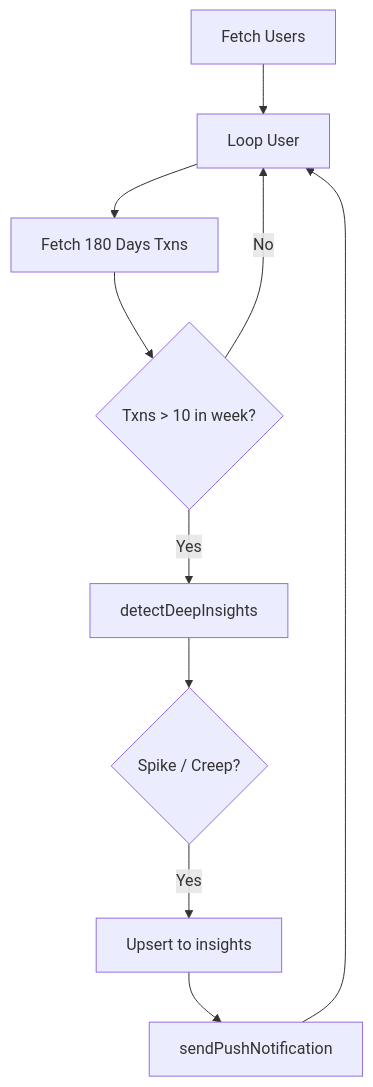
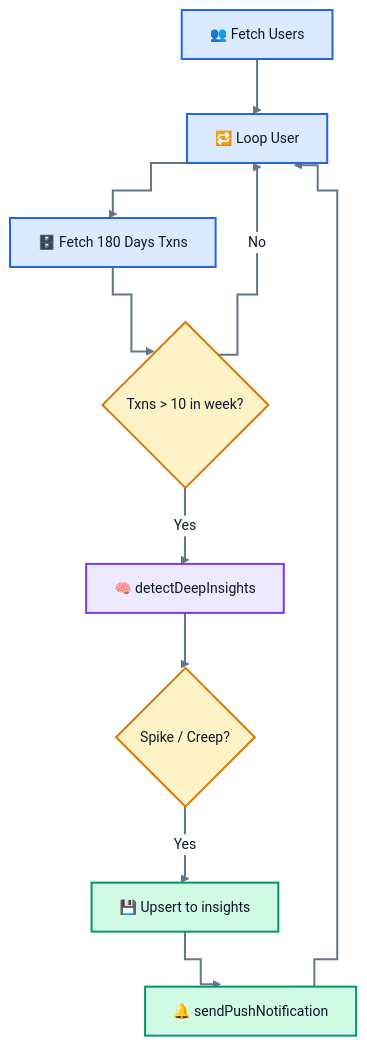
Before and after one commit to Adamya-Varshney/Pocket: the ninth of 10 diagrams in README.md, drawn with Mermaid. The commit also changed other lines of this file, not shown here.

First line of the commit message:
docs(readme): restyle diagrams with a bright, sharp visual theme (#4)

````diff
--- a/README.md
+++ b/README.md
@@ -291,12 +332,23 @@
 ```mermaid
+%%{init: {"theme":"base","themeVariables":{"fontFamily":"Inter, Segoe UI, Helvetica Neue, Arial, sans-serif","fontSize":"14px","primaryColor":"#DBEAFE","primaryTextColor":"#0F172A","primaryBorderColor":"#2563EB","lineColor":"#64748B","edgeLabelBackground":"#FFFFFF","clusterBkg":"#F8FAFC","clusterBorder":"#CBD5E1"},"flowchart":{"curve":"step","nodeSpacing":45,"rankSpacing":55,"padding":14}}}%%
 flowchart TD
-    A[Fetch Users] --> B[Loop User]
-    B --> C[Fetch 180 Days Txns]
-    C --> D{Txns > 10 in week?}
+    A["👥 Fetch Users"] --> B["🔁 Loop User"]
+    B --> C["🗄️ Fetch 180 Days Txns"]
+    C --> D{"Txns > 10 in week?"}
     D -- No --> B
-    D -- Yes --> E[detectDeepInsights]
-    E --> F{Spike / Creep?}
-    F -- Yes --> G[Upsert to insights]
-    G --> H[sendPushNotification]
+    D -- Yes --> E["🧠 detectDeepInsights"]
+    E --> F{"Spike / Creep?"}
+    F -- Yes --> G["💾 Upsert to insights"]
+    G --> H["🔔 sendPushNotification"]
     H --> B
+
+    classDef loop fill:#DBEAFE,stroke:#2563EB,stroke-width:2px,color:#0F172A
+    classDef decision fill:#FEF3C7,stroke:#D97706,stroke-width:2px,color:#0F172A
+    classDef compute fill:#EDE9FE,stroke:#7C3AED,stroke-width:2px,color:#0F172A
+    classDef output fill:#D1FAE5,stroke:#059669,stroke-width:2px,color:#0F172A
+    class A,B,C loop
+    class D,F decision
+    class E compute
+    class G,H output
+    linkStyle default stroke:#64748B,stroke-width:2px
 ```
````
